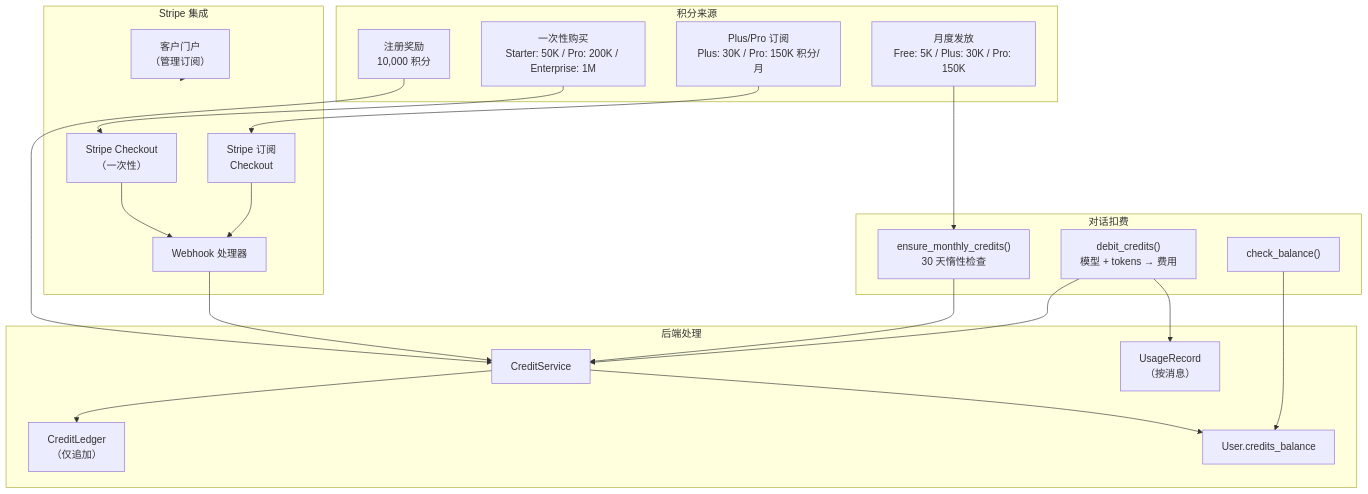
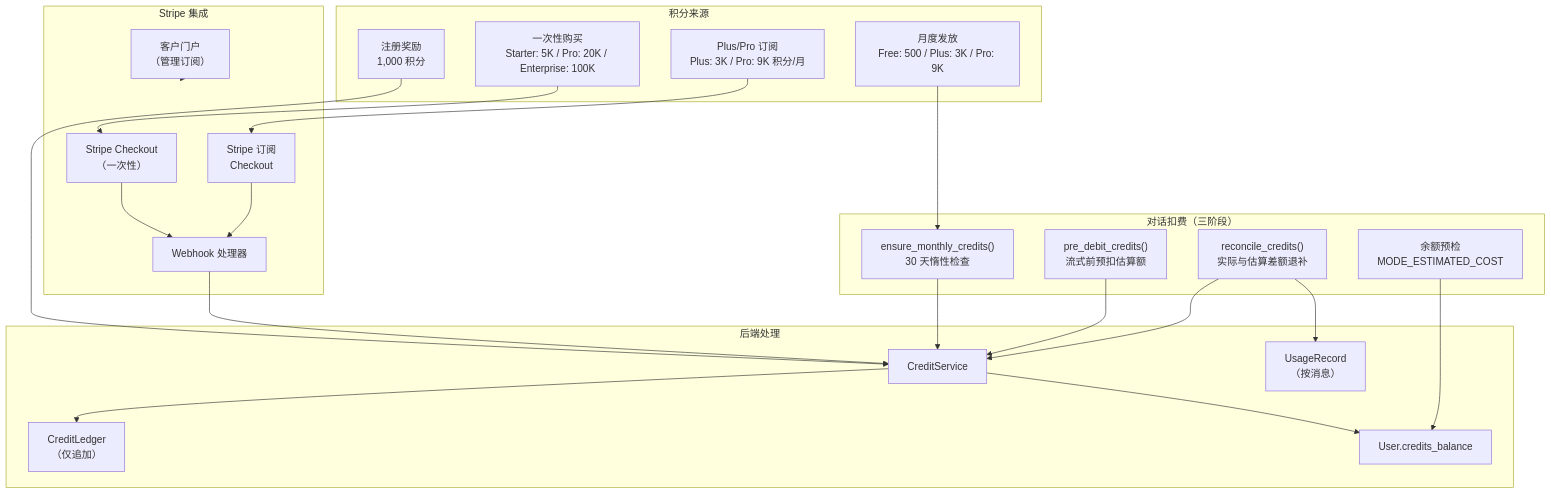
The fifth of 8 diagrams in docs/ARCHITECTURE.zh.md (Rswcf/DocTalk), drawn with Mermaid before and after one commit. The commit also changed other lines of this file and 7 other files, not shown here.

First line of the commit message:
docs: sync all documentation with post-rescale pricing and 3-phase credit flow

````diff
--- a/docs/ARCHITECTURE.zh.md
+++ b/docs/ARCHITECTURE.zh.md
@@ -257,43 +257,45 @@
 ```mermaid
 flowchart TB
     subgraph Sources["积分来源"]
-        Signup["注册奖励<br/>10,000 积分"]
-        Monthly["月度发放<br/>Free: 5K / Plus: 30K / Pro: 150K"]
-        Purchase["一次性购买<br/>Starter: 50K / Pro: 200K / Enterprise: 1M"]
-        Subscription["Plus/Pro 订阅<br/>Plus: 30K / Pro: 150K 积分/月"]
+        Signup["注册奖励<br/>1,000 积分"]
+        Monthly["月度发放<br/>Free: 500 / Plus: 3K / Pro: 9K"]
+        Purchase["一次性购买<br/>Starter: 5K / Pro: 20K / Enterprise: 100K"]
+        Subscription["Plus/Pro 订阅<br/>Plus: 3K / Pro: 9K 积分/月"]
     end
 
     subgraph Stripe["Stripe 集成"]
         Checkout["Stripe Checkout<br/>（一次性）"]
         SubCheckout["Stripe 订阅<br/>Checkout"]
         Portal["客户门户<br/>（管理订阅）"]
         Webhook["Webhook 处理器"]
     end
 
     subgraph Backend["后端处理"]
         CreditService["CreditService"]
         Ledger["CreditLedger<br/>（仅追加）"]
         Balance["User.credits_balance"]
         UsageRecord["UsageRecord<br/>（按消息）"]
     end
 
-    subgraph Chat["对话扣费"]
+    subgraph Chat["对话扣费（三阶段）"]
         EnsureMonthly["ensure_monthly_credits()<br/>30 天惰性检查"]
-        CheckBalance["check_balance()"]
-        Debit["debit_credits()<br/>模型 + tokens → 费用"]
+        PreCheck["余额预检<br/>MODE_ESTIMATED_COST"]
+        PreDebit["pre_debit_credits()<br/>流式前预扣估算额"]
+        Reconcile["reconcile_credits()<br/>实际与估算差额退补"]
     end
 
     Signup --> CreditService
     Monthly --> EnsureMonthly
     Purchase --> Checkout --> Webhook --> CreditService
     Subscription --> SubCheckout --> Webhook
     Portal --> Stripe
 
     CreditService --> Ledger
     CreditService --> Balance
 
     EnsureMonthly --> CreditService
-    CheckBalance --> Balance
-    Debit --> CreditService
-    Debit --> UsageRecord
+    PreCheck --> Balance
+    PreDebit --> CreditService
+    Reconcile --> CreditService
+    Reconcile --> UsageRecord
 ```
````
